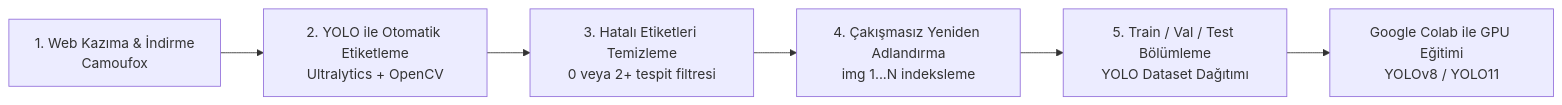
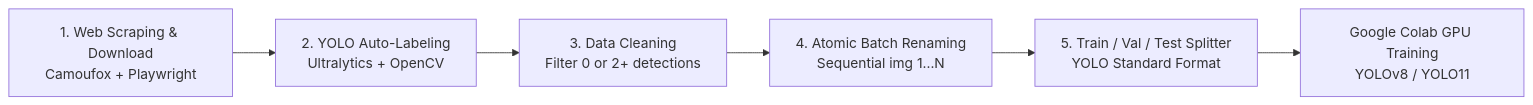
The diagram in README.md (Emingrgl/Yolo_Plate_Detection), drawn with Mermaid before and after one commit. The commit also changed other lines of this file and 1 other file, not shown here.

````diff
--- a/README.md
+++ b/README.md
@@ -41,8 +48,8 @@
 ```mermaid
 flowchart LR
-    A[1. Web Kazıma & İndirme\nCamoufox] --> B[2. YOLO ile Otomatik Etiketleme\nUltralytics + OpenCV]
-    B --> C[3. Hatalı Etiketleri Temizleme\n0 veya 2+ tespit filtresi]
-    C --> D[4. Çakışmasız Yeniden Adlandırma\nimg 1...N indeksleme]
-    D --> E[5. Train / Val / Test Bölümleme\nYOLO Dataset Dağıtımı]
-    E --> F[Google Colab ile GPU Eğitimi\nYOLOv8 / YOLO11]
+    A[1. Web Scraping & Download\nCamoufox + Playwright] --> B[2. YOLO Auto-Labeling\nUltralytics + OpenCV]
+    B --> C[3. Data Cleaning\nFilter 0 or 2+ detections]
+    C --> D[4. Atomic Batch Renaming\nSequential img 1...N]
+    D --> E[5. Train / Val / Test Splitter\nYOLO Standard Format]
+    E --> F[Google Colab GPU Training\nYOLOv8 / YOLO11]
 ```
````
